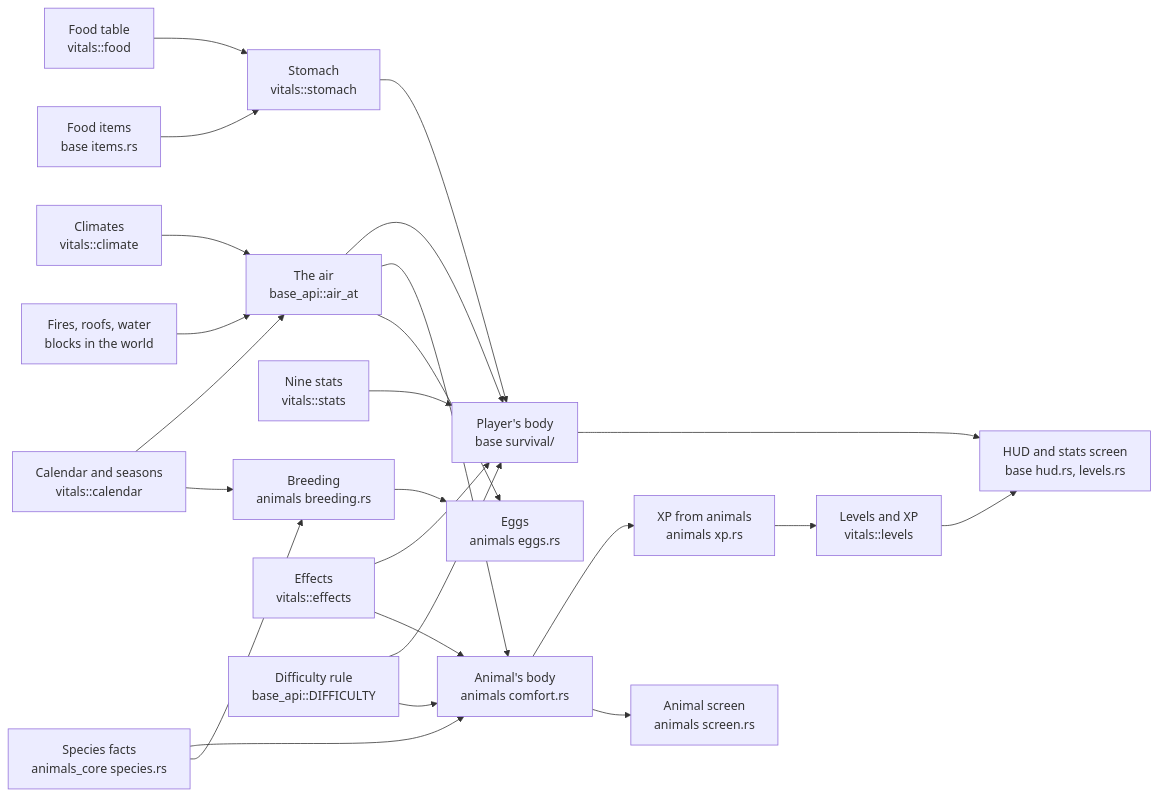
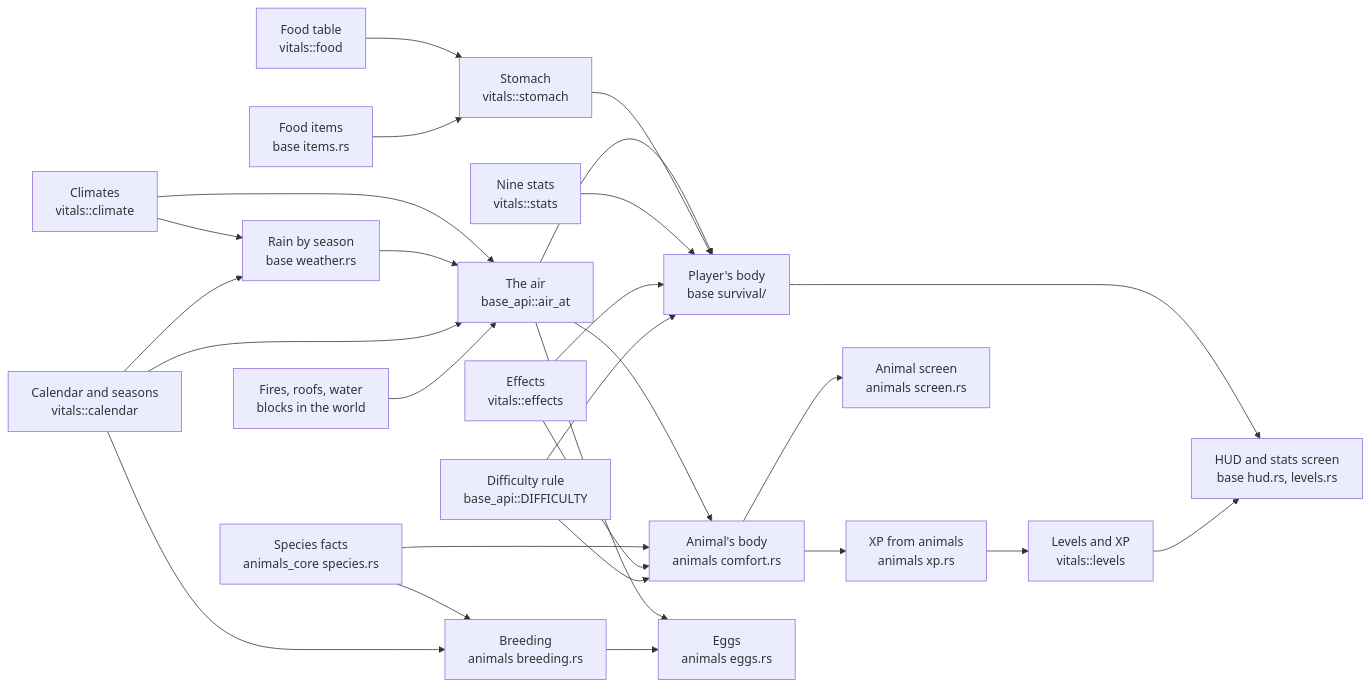
The diagram in notes/SYSTEMS.md (ronickg/chiacraft-weft), drawn with Mermaid before and after one commit. The commit also changed other lines of this file and 31 other files, not shown here.

First line of the commit message:
Rain by season: each biome rains as its real place does

````diff
--- a/notes/SYSTEMS.md
+++ b/notes/SYSTEMS.md
@@ -12,25 +12,28 @@
 ```mermaid
 flowchart LR
   climate["Climates<br/>vitals::climate"] --> air["The air<br/>base_api::air_at"]
+  climate --> weather["Rain by season<br/>base weather.rs"]
+  calendar --> weather
+  weather --> air
   calendar["Calendar and seasons<br/>vitals::calendar"] --> air
   fires["Fires, roofs, water<br/>blocks in the world"] --> air
   air --> player["Player's body<br/>base survival/"]
   air --> animal["Animal's body<br/>animals comfort.rs"]
   air --> eggs["Eggs<br/>animals eggs.rs"]
   food["Food table<br/>vitals::food"] --> stomach["Stomach<br/>vitals::stomach"]
   items["Food items<br/>base items.rs"] --> stomach
   stomach --> player
   stats["Nine stats<br/>vitals::stats"] --> player
   species["Species facts<br/>animals_core species.rs"] --> animal
   species --> breeding["Breeding<br/>animals breeding.rs"]
   calendar --> breeding
   breeding --> eggs
   effects["Effects<br/>vitals::effects"] --> player
   effects --> animal
   difficulty["Difficulty rule<br/>base_api::DIFFICULTY"] --> player
   difficulty --> animal
   player --> hud["HUD and stats screen<br/>base hud.rs, levels.rs"]
   levels["Levels and XP<br/>vitals::levels"] --> hud
   animal --> xp["XP from animals<br/>animals xp.rs"] --> levels
   animal --> screen["Animal screen<br/>animals screen.rs"]
 ```
````
